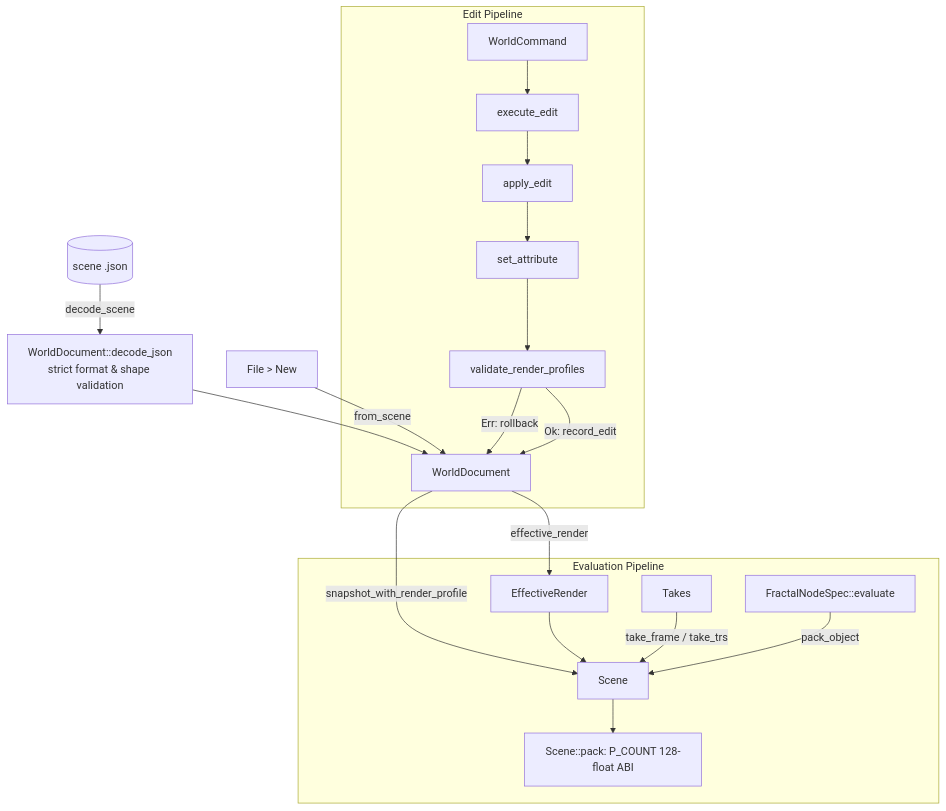
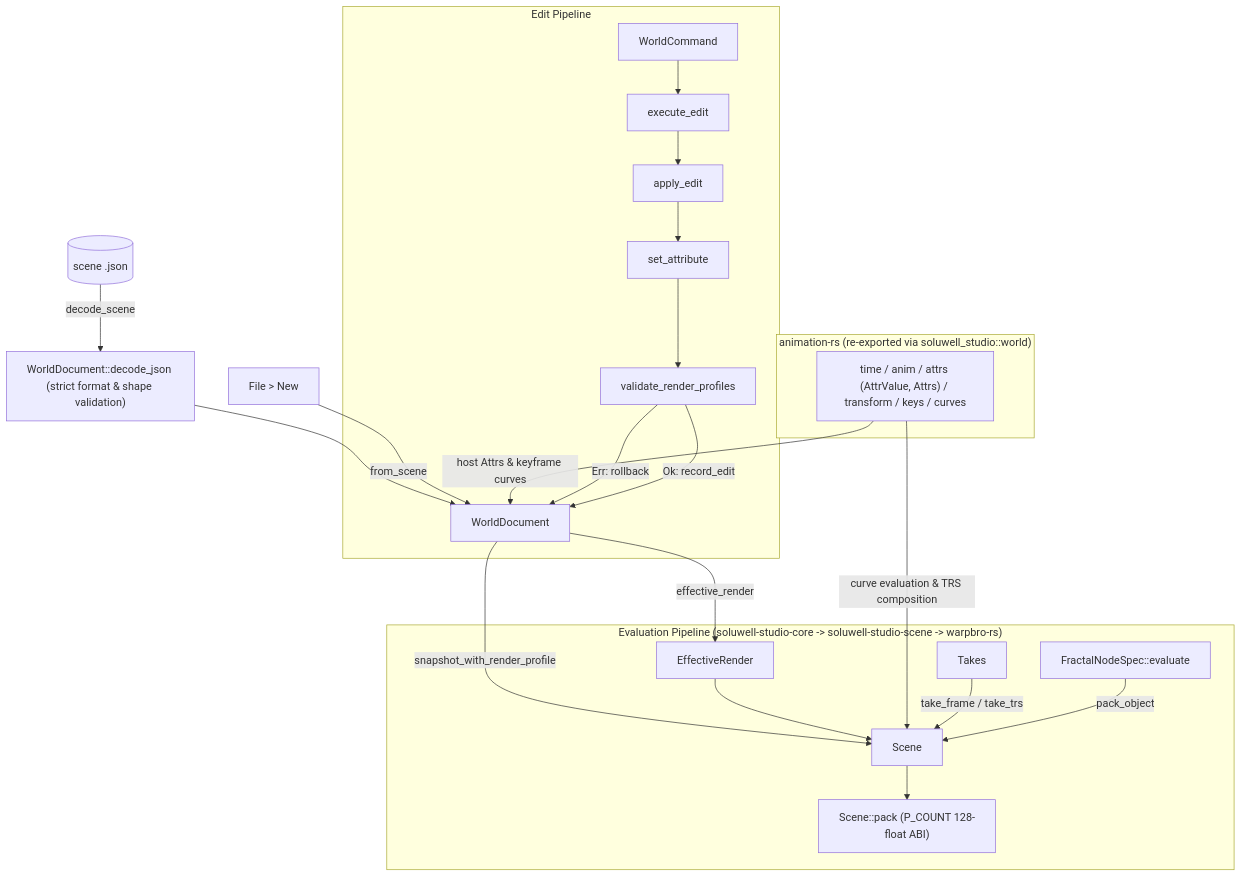
The third of 6 diagrams in DIAGRAMS.md (ssoj13/warpbro-rs), drawn with Mermaid before and after one commit. The commit also changed other lines of this file and 4 other files, not shown here.

Commit message:
Switch warpbro-rs to animation-rs and prune 33 unused Cargo dependencies

````diff
--- a/DIAGRAMS.md
+++ b/DIAGRAMS.md
@@ -74,22 +90,28 @@
 ```mermaid
 flowchart TD
-  file[(scene .json)] -->|decode_scene| dj[WorldDocument::decode_json<br/>strict format & shape validation]
-  dj --> doc[WorldDocument]
-  new[File > New] -->|from_scene| doc
-  
-  subgraph Edits[Edit Pipeline]
-    cmd[WorldCommand] --> ex[execute_edit] --> ap[apply_edit] --> sa[set_attribute]
-    sa --> val[validate_render_profiles]
-    val -->|Err: rollback| doc
-    val -->|Ok: record_edit| doc
+  file[("scene .json")] -->|"decode_scene"| dj["WorldDocument::decode_json (strict format & shape validation)"]
+  dj --> doc["WorldDocument"]
+  new["File > New"] -->|"from_scene"| doc
+
+  subgraph AnimSubstrate["animation-rs (re-exported via soluwell_studio::world)"]
+    anim_types["time / anim / attrs (AttrValue, Attrs) / transform / keys / curves"]
+  end
+  anim_types -->|"host Attrs & keyframe curves"| doc
+
+  subgraph Edits["Edit Pipeline"]
+    cmd["WorldCommand"] --> ex["execute_edit"] --> ap["apply_edit"] --> sa["set_attribute"]
+    sa --> val["validate_render_profiles"]
+    val -->|"Err: rollback"| doc
+    val -->|"Ok: record_edit"| doc
   end
 
-  subgraph Evaluation[Evaluation Pipeline]
-    doc -->|snapshot_with_render_profile| sc[Scene]
-    doc -->|effective_render| er[EffectiveRender]
+  subgraph Evaluation["Evaluation Pipeline (soluwell-studio-core -> soluwell-studio-scene -> warpbro-rs)"]
+    doc -->|"snapshot_with_render_profile"| sc["Scene"]
+    doc -->|"effective_render"| er["EffectiveRender"]
     er --> sc
-    takes[Takes] -->|take_frame / take_trs| sc
-    fn[FractalNodeSpec::evaluate] -->|pack_object| sc
-    sc --> pack[Scene::pack: P_COUNT 128-float ABI]
+    anim_types -->|"curve evaluation & TRS composition"| sc
+    takes["Takes"] -->|"take_frame / take_trs"| sc
+    fn["FractalNodeSpec::evaluate"] -->|"pack_object"| sc
+    sc --> pack["Scene::pack (P_COUNT 128-float ABI)"]
   end
 ```
````
